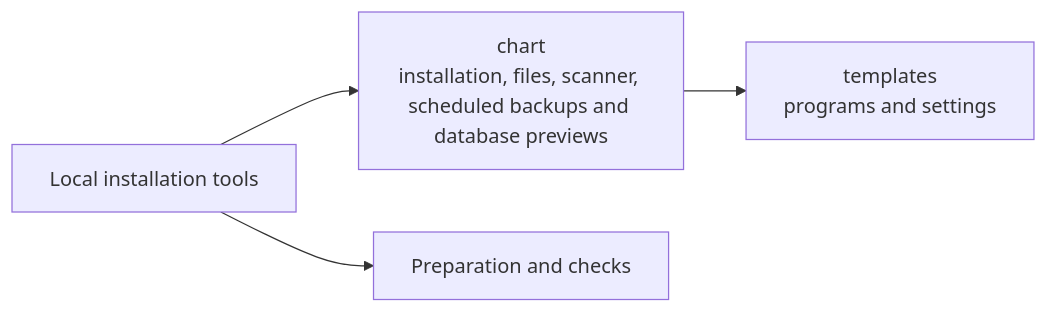
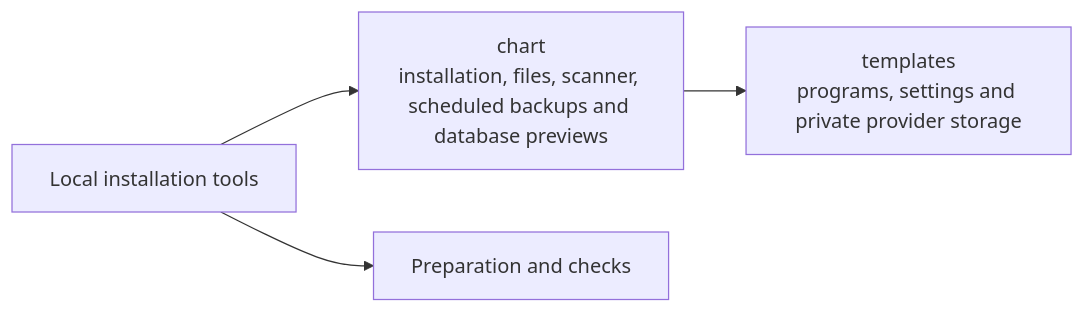
One commit to elewa-git/opencrane-new changed the diagram in infra/package/chart/README.md. Above: the diagram before and after it, drawn with Mermaid. The commit also changed other lines of this file and 201 other files, not shown here.

````diff
--- a/infra/package/chart/README.md
+++ b/infra/package/chart/README.md
@@ -36,6 +37,6 @@
 ```mermaid
 flowchart LR
   package["Local installation tools"] --> chart["chart<br/>installation, files, scanner, scheduled backups and database previews"]
   package --> prepare["Preparation and checks"]
-  chart --> templates["templates<br/>programs and settings"]
+  chart --> templates["templates<br/>programs, settings and private provider storage"]
 ```
````
